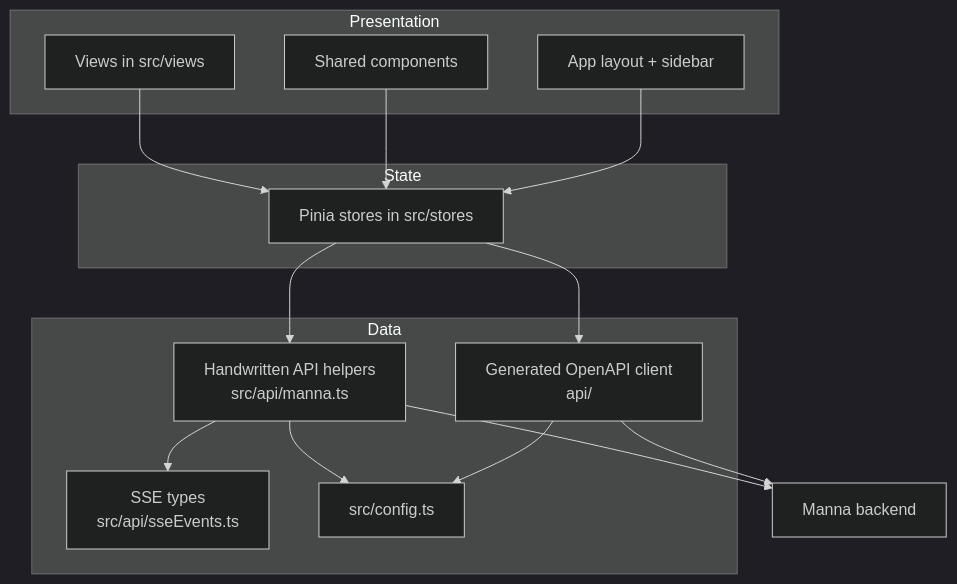
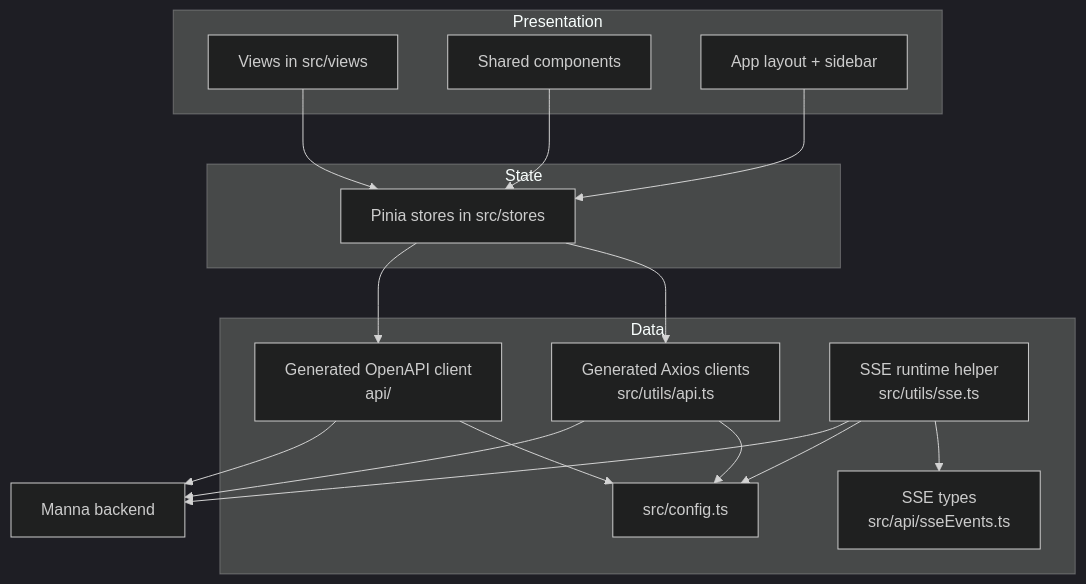
The first of 3 diagrams in docs/architecture.md (Guebbit/manna-frontend), drawn with Mermaid (dark theme) before and after one commit. The commit also changed other lines of this file and 23 other files, not shown here.

First line of the commit message:
refactor: enforce generated axios API as single runtime surface

````diff
--- a/docs/architecture.md
+++ b/docs/architecture.md
@@ -23,32 +24,35 @@
 ```mermaid
 flowchart TD
     subgraph Presentation
         Views[Views in src/views]
         Shared[Shared components]
         Layout[App layout + sidebar]
     end
 
     subgraph State
         Stores[Pinia stores in src/stores]
     end
 
     subgraph Data
-        Handwritten[Handwritten API helpers<br/>src/api/manna.ts]
+        Runtime[Generated Axios clients<br/>src/utils/api.ts]
         Generated[Generated OpenAPI client<br/>api/]
         Events[SSE types<br/>src/api/sseEvents.ts]
+        Streaming[SSE runtime helper<br/>src/utils/sse.ts]
         Config[src/config.ts]
     end
 
     Backend[Manna backend]
 
     Views --> Stores
     Shared --> Stores
     Layout --> Stores
-    Stores --> Handwritten
+    Stores --> Runtime
     Stores --> Generated
-    Handwritten --> Config
+    Runtime --> Config
     Generated --> Config
-    Handwritten --> Events
-    Handwritten --> Backend
+    Streaming --> Events
+    Streaming --> Config
+    Streaming --> Backend
+    Runtime --> Backend
     Generated --> Backend
 ```
````
